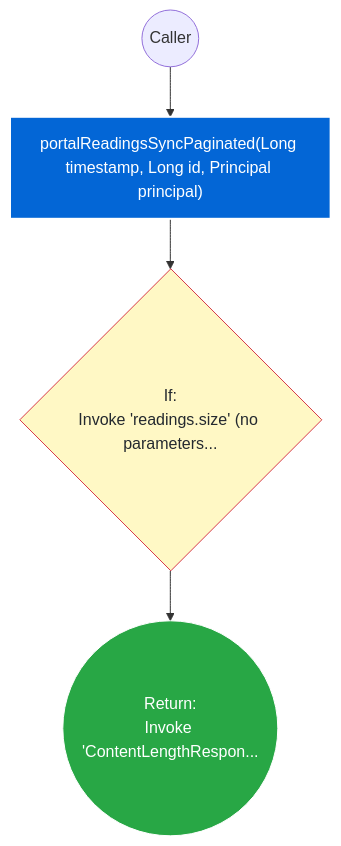
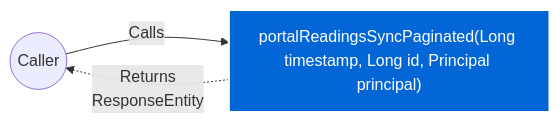
Before and after one commit to FelipeMCassiano/geanky: the third of 5 diagrams in docs/BoatSyncController.md, drawn with Mermaid. The commit also changed other lines of this file and 6 other files, not shown here.

````diff
--- a/docs/BoatSyncController.md
+++ b/docs/BoatSyncController.md
@@ -202,12 +208,9 @@
 ```mermaid
-flowchart TD
+flowchart LR
     classDef methodNode fill:#0366d6,stroke:#fff,stroke-width:2px,color:#fff;
-    classDef callNode fill:#f1f8ff,stroke:#0366d6,color:#24292f;
-    classDef ifNode fill:#fff8c5,stroke:#d73a49,color:#24292f;
-    classDef retNode fill:#28a745,stroke:#fff,color:#fff;
+    Caller(("Caller"))
+    Method["portalReadingsSyncPaginated(Long timestamp, Long id, Principal principal)"]:::methodNode
 
-    START(("Caller")) --> M_ENTRY["portalReadingsSyncPaginated(Long timestamp, Long id, Principal principal)"]:::methodNode
-    M_ENTRY --> N1{"If:<br>Invoke 'readings.size' (no parameters..."}:::ifNode
-    N1 --> N2(("Return:<br>Invoke 'ContentLengthRespon...")):::retNode
-
+    Caller -- "Calls" --> Method
+    Method -. "Returns<br>ResponseEntity<?>" .-> Caller
 ```
````
